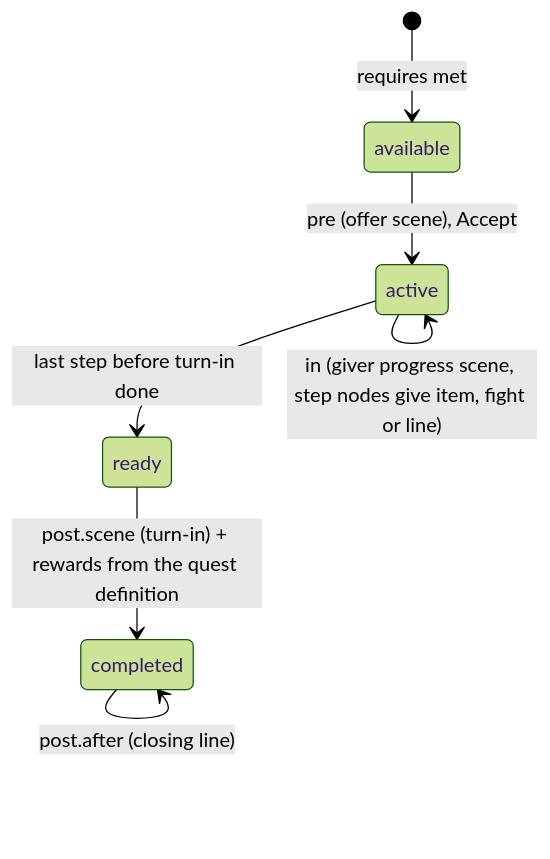
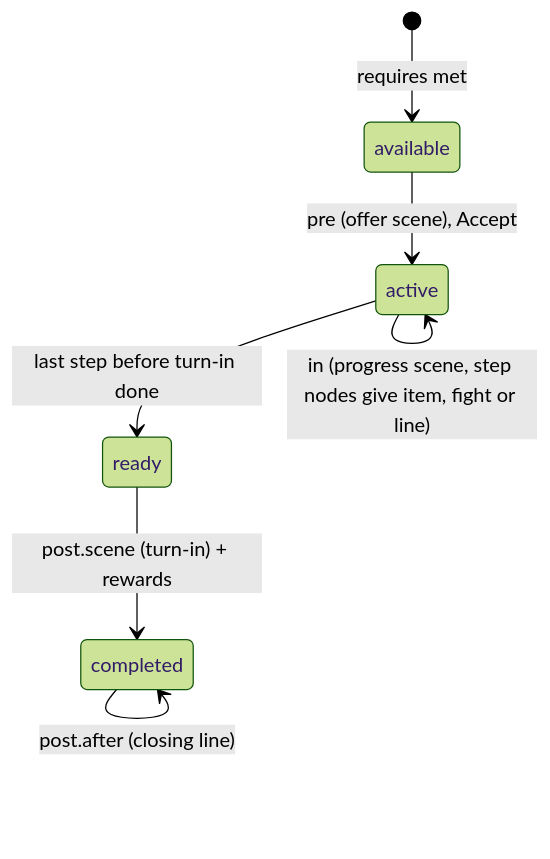
Before and after one commit to zenjax7/chinese-rpg: the second of 6 diagrams in docs/tech/level-editor.md, drawn with Mermaid (forest theme). The commit also changed other lines of this file, not shown here.

````diff
--- a/docs/tech/level-editor.md
+++ b/docs/tech/level-editor.md
@@ -267,9 +273,9 @@
 ```mermaid
 stateDiagram-v2
   [*] --> available: requires met
   available --> active: pre (offer scene), Accept
-  active --> active: in (giver progress scene, step nodes give item, fight or line)
+  active --> active: in (progress scene, step nodes give item, fight or line)
   active --> ready: last step before turn-in done
-  ready --> completed: post.scene (turn-in) + rewards from the quest definition
+  ready --> completed: post.scene (turn-in) + rewards
   completed --> completed: post.after (closing line)
 ```
````
